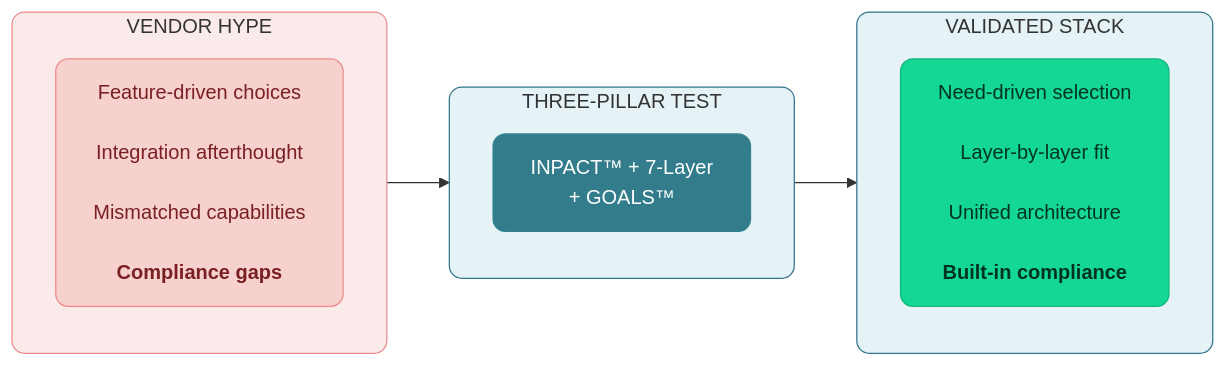
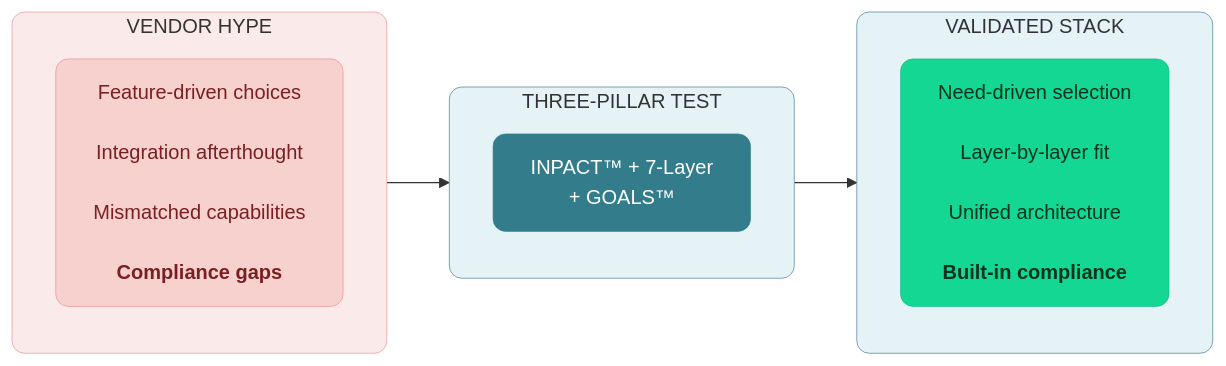
One commit to saitejesh-cyber/trust-before-intelligence-book changed the first of 5 diagrams in manuscript/12_chapter_11_technology_selection_guide_v1_2.md. Above: the diagram before and after it, drawn with Mermaid. The commit also changed other lines of this file and 12 other files, not shown here.

Commit message:
Update stroke width to 0.5px instead of 1px to all the diagrams

````diff
--- a/manuscript/12_chapter_11_technology_selection_guide_v1_2.md
+++ b/manuscript/12_chapter_11_technology_selection_guide_v1_2.md
@@ -9,28 +9,28 @@
 ```mermaid
 
  graph LR
     subgraph BEFORE["VENDOR HYPE"]
         direction TB
         B1["Feature-driven choices<br/><br/>Integration afterthought<br/><br/>Mismatched capabilities<br/><br/><b>Compliance gaps</b>"]
     end
     
     subgraph TRANSFORM["THREE-PILLAR TEST"]
         direction TB
         T1["INPACT™ + 7-Layer<br/>+ GOALS™"]
     end
     
     subgraph AFTER["VALIDATED STACK"]
         direction TB
         A1["Need-driven selection<br/><br/>Layer-by-layer fit<br/><br/>Unified architecture<br/><br/><b>Built-in compliance</b>"]
     end
     
     BEFORE --> TRANSFORM --> AFTER
     
-    style BEFORE fill:#FBEAEA,stroke:#EB898B,stroke-width:1px,rx:10,ry:10
-    style B1 fill:#F6D1CE,stroke:#EB898B,stroke-width:1px,color:#7A1F22,rx:10,ry:10
-    style TRANSFORM fill:#E6F3F6,stroke:#32738C,stroke-width:1px,rx:10,ry:10
-    style T1 fill:#327C8C,stroke:#30838C,stroke-width:1px,color:#ffffff,rx:10,ry:10
-    style AFTER fill:#E6F3F6,stroke:#32738C,stroke-width:1px,rx:10,ry:10
-    style A1 fill:#14D793,stroke:#0FB67D,stroke-width:1px,color:#003322,rx:10,ry:10
+    style BEFORE fill:#FBEAEA,stroke:#EB898B,stroke-width:0.5px,rx:10,ry:10
+    style B1 fill:#F6D1CE,stroke:#EB898B,stroke-width:0.5px,color:#7A1F22,rx:10,ry:10
+    style TRANSFORM fill:#E6F3F6,stroke:#32738C,stroke-width:0.5px,rx:10,ry:10
+    style T1 fill:#327C8C,stroke:#30838C,stroke-width:0.5px,color:#ffffff,rx:10,ry:10
+    style AFTER fill:#E6F3F6,stroke:#32738C,stroke-width:0.5px,rx:10,ry:10
+    style A1 fill:#14D793,stroke:#0FB67D,stroke-width:0.5px,color:#003322,rx:10,ry:10
 
 ```
````
